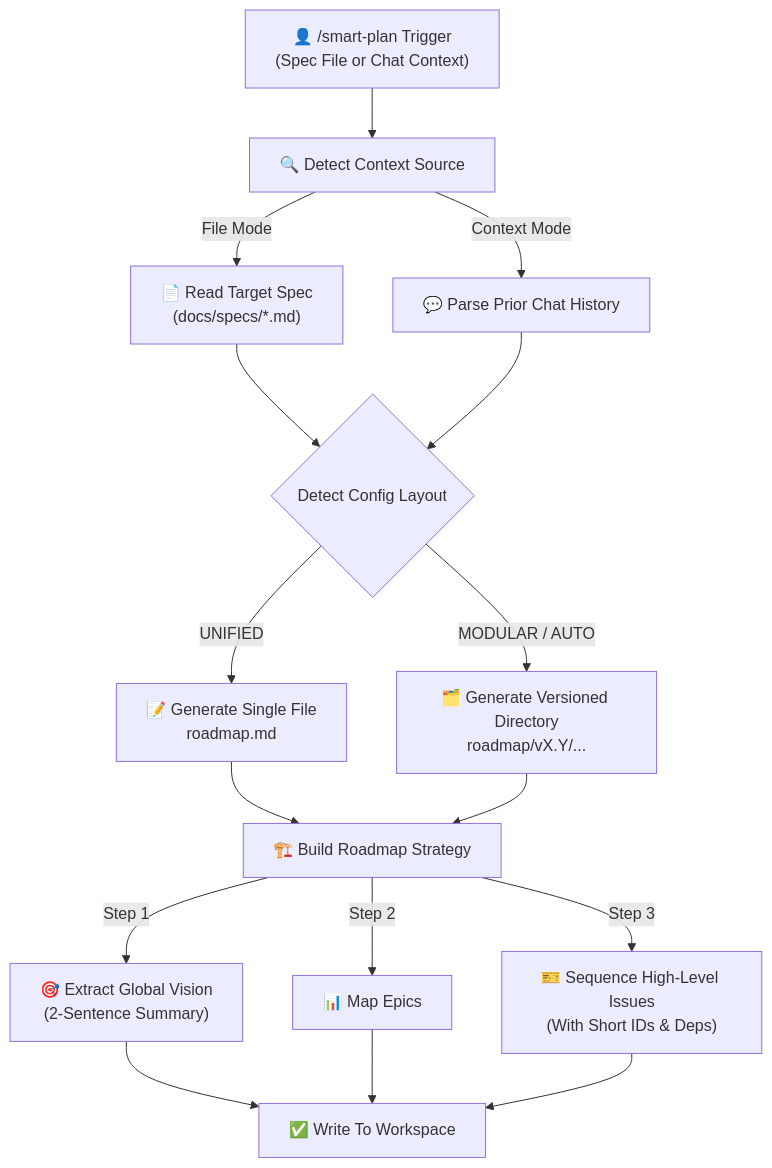
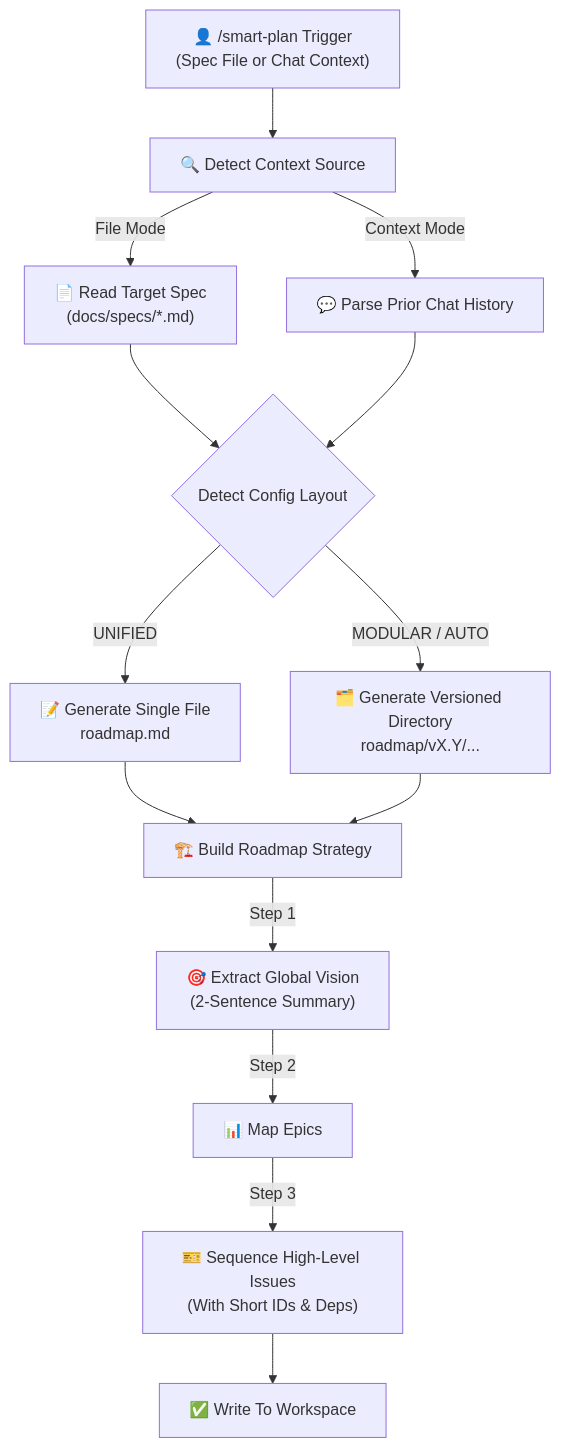
Before and after one commit to fletort/smart-ai-factory: the diagram in docs/pipelines/smart_plan.md, drawn with Mermaid.

Commit message:
Update process steps and outputs in smart_plan.md

````diff
--- a/docs/pipelines/smart_plan.md
+++ b/docs/pipelines/smart_plan.md
@@ -14,24 +14,22 @@
 ```mermaid
 graph TD
     Input["👤 /smart-plan Trigger<br/>(Spec File or Chat Context)"] --> Source["🔍 Detect Context Source"]
 
     Source -->|File Mode| ReadFile["📄 Read Target Spec<br/>(docs/specs/*.md)"]
     Source -->|Context Mode| ReadChat["💬 Parse Prior Chat History"]
 
     ReadFile --> Strategy{"Detect Config Layout"}
     ReadChat --> Strategy
 
     Strategy -->|UNIFIED| Single["📝 Generate Single File<br/>roadmap.md"]
     Strategy -->|MODULAR / AUTO| Multi["🗂️ Generate Versioned Directory<br/>roadmap/vX.Y/..."]
 
     Single --> Process["🏗️ Build Roadmap Strategy"]
     Multi --> Process
 
     Process -->|Step 1| Vision["🎯 Extract Global Vision<br/>(2-Sentence Summary)"]
-    Process -->|Step 2| Epics["📊 Map Epics"]
-    Process -->|Step 3| Issues["🎫 Sequence High-Level Issues<br/>(With Short IDs & Deps)"]
+    Vision -->|Step 2| Epics["📊 Map Epics"]
+    Epics -->|Step 3| Issues["🎫 Sequence High-Level Issues<br/>(With Short IDs & Deps)"]
 
-    Vision --> Output["✅ Write To Workspace"]
-    Epics --> Output
-    Issues --> Output
+    Issues --> Output["✅ Write To Workspace"]
 ```
````
